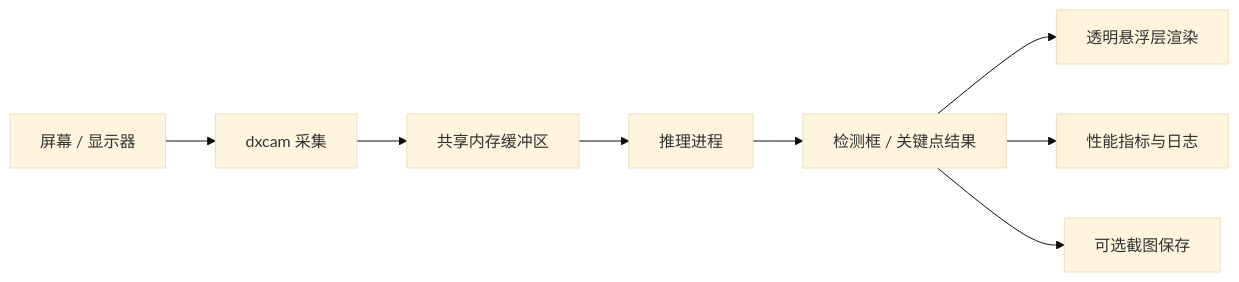
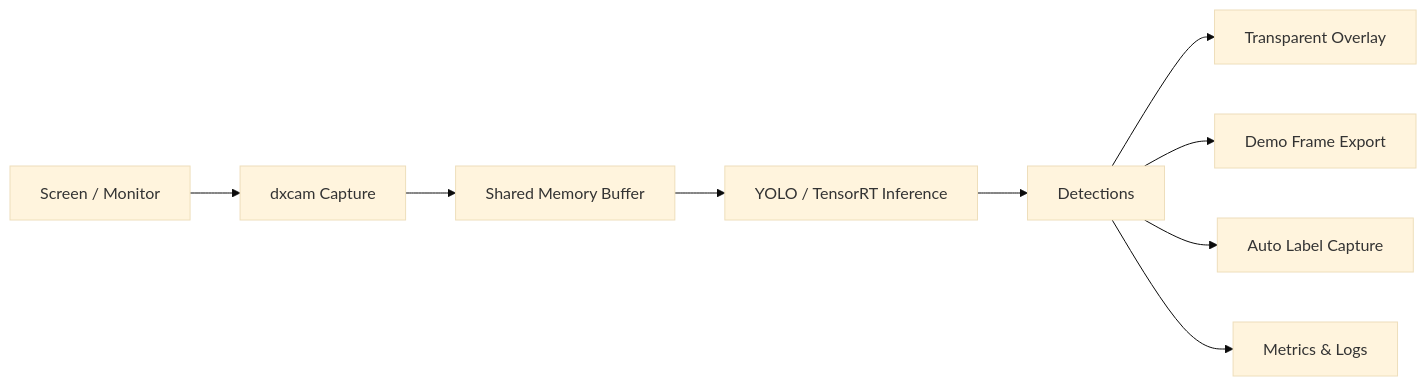
The third of 4 diagrams in readme.md (Rand0MGG/UltraLowLatency-YOLO-Pipeline), drawn with Mermaid (base theme) before and after one commit. The commit also changed other lines of this file and 20 other files, not shown here.

Commit message:
Refresh README and demo capture workflow

````diff
--- a/readme.md
+++ b/readme.md
@@ -495,10 +559,11 @@
 ```mermaid
 flowchart LR
-    A["屏幕 / 显示器"] --> B["dxcam 采集"]
-    B --> C["共享内存缓冲区"]
-    C --> D["推理进程"]
-    D --> E["检测框 / 关键点结果"]
-    E --> F["透明悬浮层渲染"]
-    E --> G["性能指标与日志"]
-    E --> H["可选截图保存"]
+    A["Screen / Monitor"] --> B["dxcam Capture"]
+    B --> C["Shared Memory Buffer"]
+    C --> D["YOLO / TensorRT Inference"]
+    D --> E["Detections"]
+    E --> F["Transparent Overlay"]
+    E --> G["Demo Frame Export"]
+    E --> H["Auto Label Capture"]
+    E --> I["Metrics & Logs"]
 ```
````
